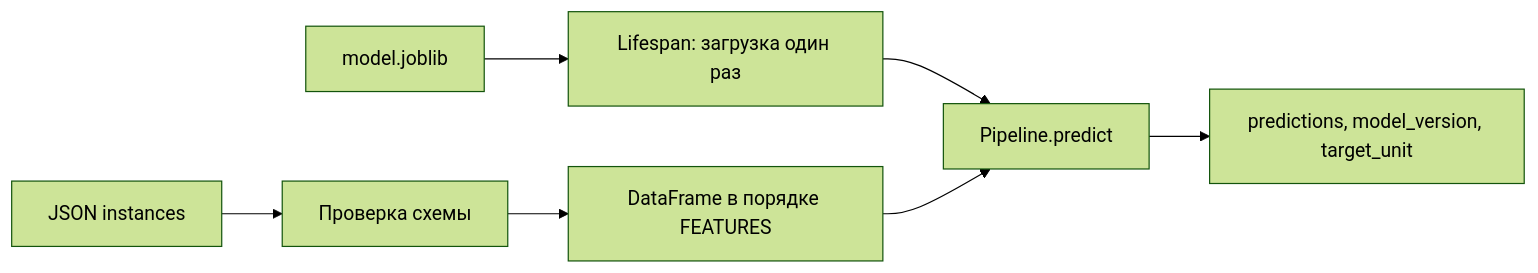
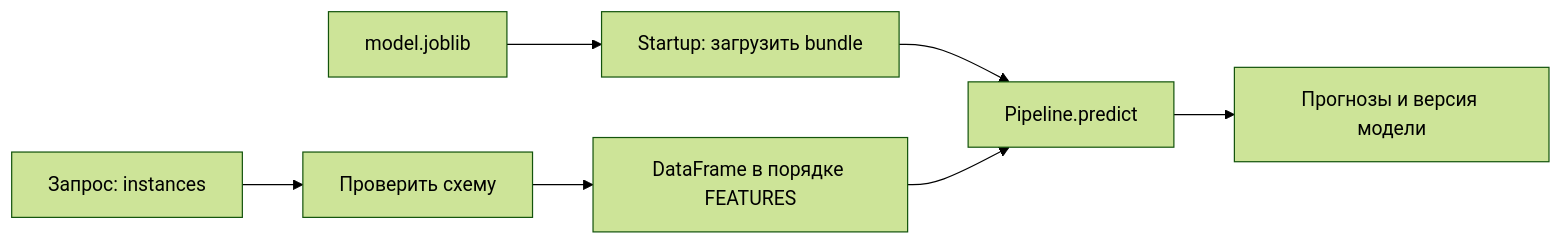
The diagram in modules/03-service-ci/README.md (Karambollla/MLops-course), drawn with Mermaid (forest theme) before and after one commit. The commit also changed other lines of this file and 69 other files, not shown here.

````diff
--- a/modules/03-service-ci/README.md
+++ b/modules/03-service-ci/README.md
@@ -60,9 +56,9 @@
 ```mermaid
 flowchart LR
-    M["model.joblib"] --> L["Lifespan: загрузка один раз"]
-    J["JSON instances"] --> V["Проверка схемы"]
+    M["model.joblib"] --> L["Startup: загрузить bundle"]
+    J["Запрос: instances"] --> V["Проверить схему"]
     V --> F["DataFrame в порядке FEATURES"]
     L --> P["Pipeline.predict"]
     F --> P
-    P --> R["predictions, model_version, target_unit"]
+    P --> R["Прогнозы и версия модели"]
 ```
````
